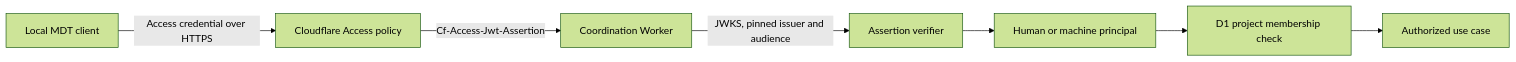
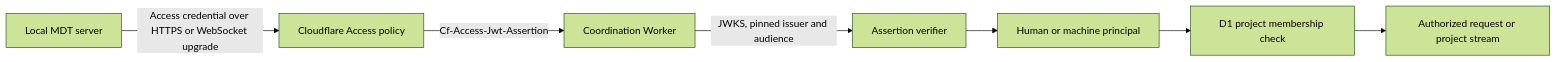
The first of 3 diagrams in docs/architecture/cloud-sync/identity-and-access.md (andkirby/markdown-ticket), drawn with Mermaid (forest theme) before and after one commit. The commit also changed other lines of this file and 15 other files, not shown here.

First line of the commit message:
docs(MDT-226): define projection push architecture

````diff
--- a/docs/architecture/cloud-sync/identity-and-access.md
+++ b/docs/architecture/cloud-sync/identity-and-access.md
@@ -15,9 +15,9 @@
 ```mermaid
 flowchart LR
-  Client["Local MDT client"] -->|"Access credential over HTTPS"| Edge["Cloudflare Access policy"]
+  Client["Local MDT server"] -->|"Access credential over HTTPS or WebSocket upgrade"| Edge["Cloudflare Access policy"]
   Edge -->|"Cf-Access-Jwt-Assertion"| Worker["Coordination Worker"]
   Worker -->|"JWKS, pinned issuer and audience"| Verify["Assertion verifier"]
   Verify --> Principal["Human or machine principal"]
   Principal --> Membership["D1 project membership check"]
-  Membership --> UseCase["Authorized use case"]
+  Membership --> UseCase["Authorized request or project stream"]
 ```
````
